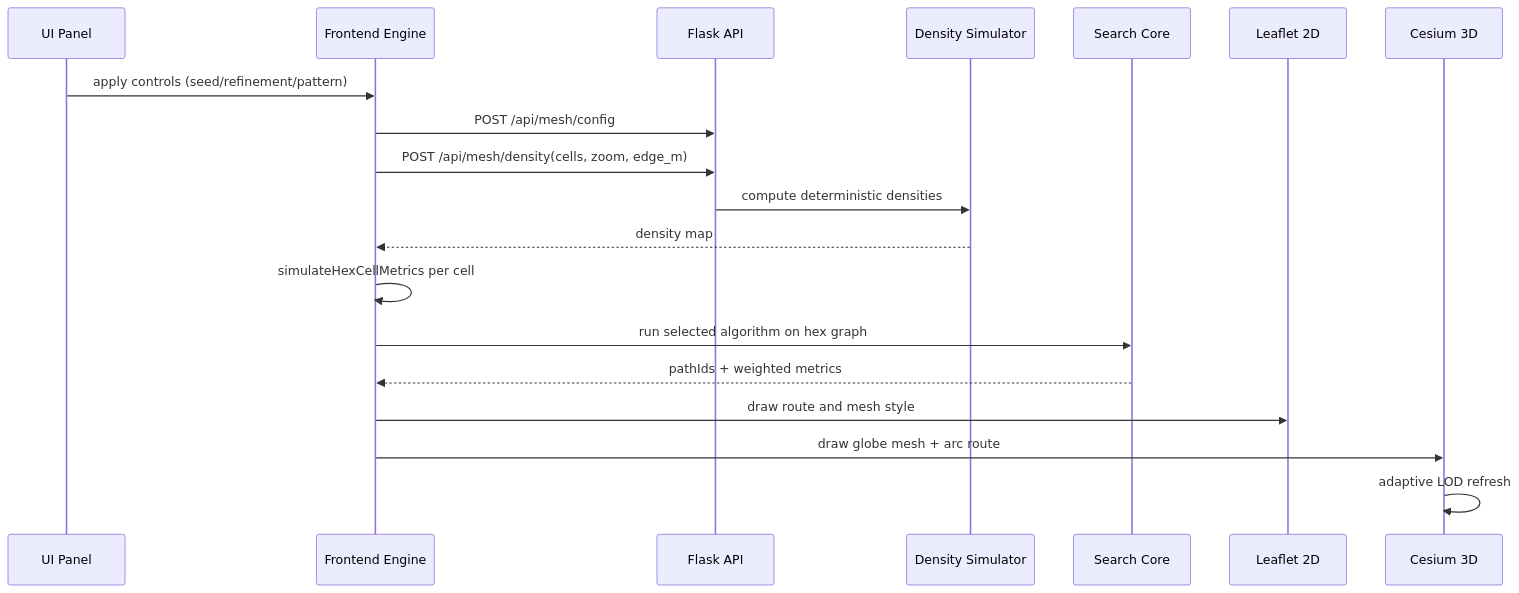
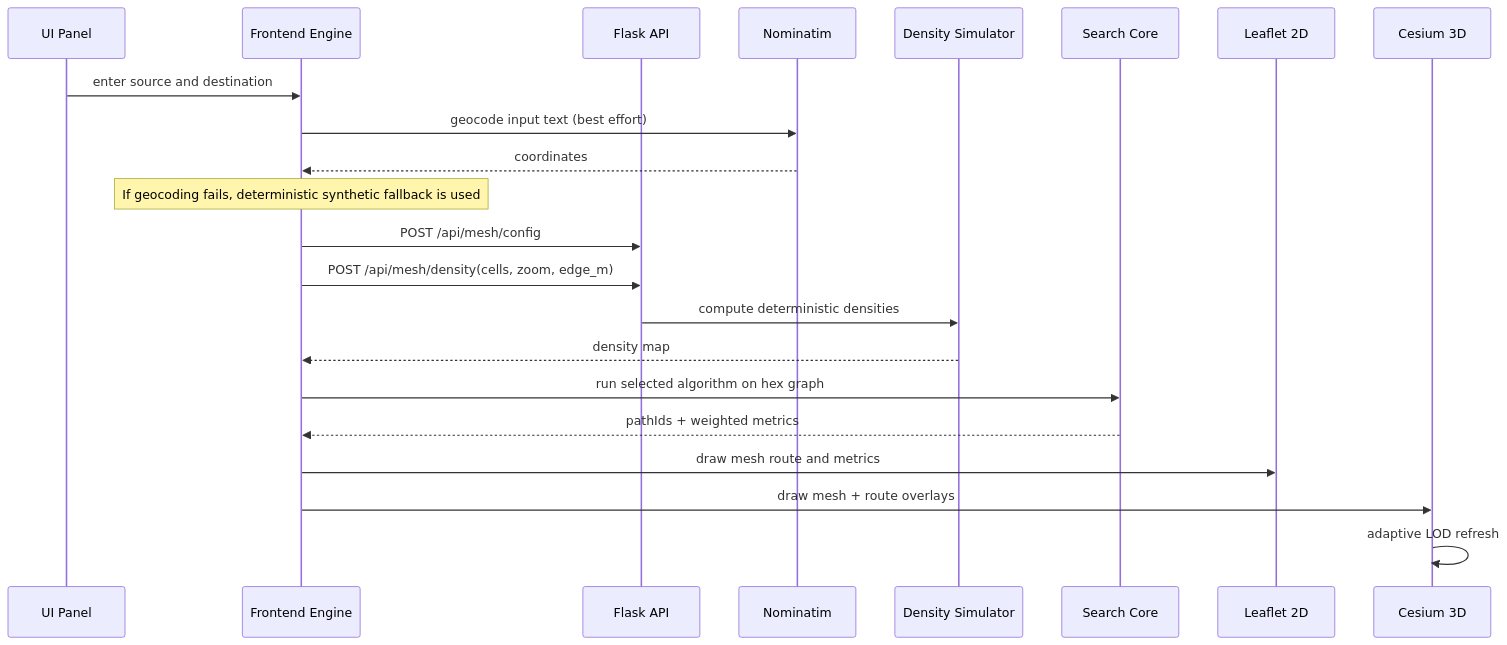
The seventh of 8 diagrams in README.md (Ratnachand04/Smart-Route-Finder), drawn with Mermaid before and after one commit. The commit also changed other lines of this file, not shown here.

Commit message:
docs: sync README with hex-density routing architecture

````diff
--- a/README.md
+++ b/README.md
@@ -184,22 +281,27 @@
 ```mermaid
 sequenceDiagram
     participant UI as UI Panel
     participant FE as Frontend Engine
     participant API as Flask API
+    participant NOM as Nominatim
     participant SIM as Density Simulator
     participant ALG as Search Core
     participant V2D as Leaflet 2D
     participant V3D as Cesium 3D
 
-    UI->>FE: apply controls (seed/refinement/pattern)
+    UI->>FE: enter source and destination
+    FE->>NOM: geocode input text (best effort)
+    NOM-->>FE: coordinates
+    Note over FE: If geocoding fails, deterministic synthetic fallback is used
+
     FE->>API: POST /api/mesh/config
     FE->>API: POST /api/mesh/density(cells, zoom, edge_m)
     API->>SIM: compute deterministic densities
     SIM-->>FE: density map
-    FE->>FE: simulateHexCellMetrics per cell
     FE->>ALG: run selected algorithm on hex graph
     ALG-->>FE: pathIds + weighted metrics
-    FE->>V2D: draw route and mesh style
-    FE->>V3D: draw globe mesh + arc route
+    FE->>V2D: draw mesh route and metrics
+    FE->>V3D: draw mesh + route overlays
+
     V3D->>V3D: adaptive LOD refresh
 ```
````
